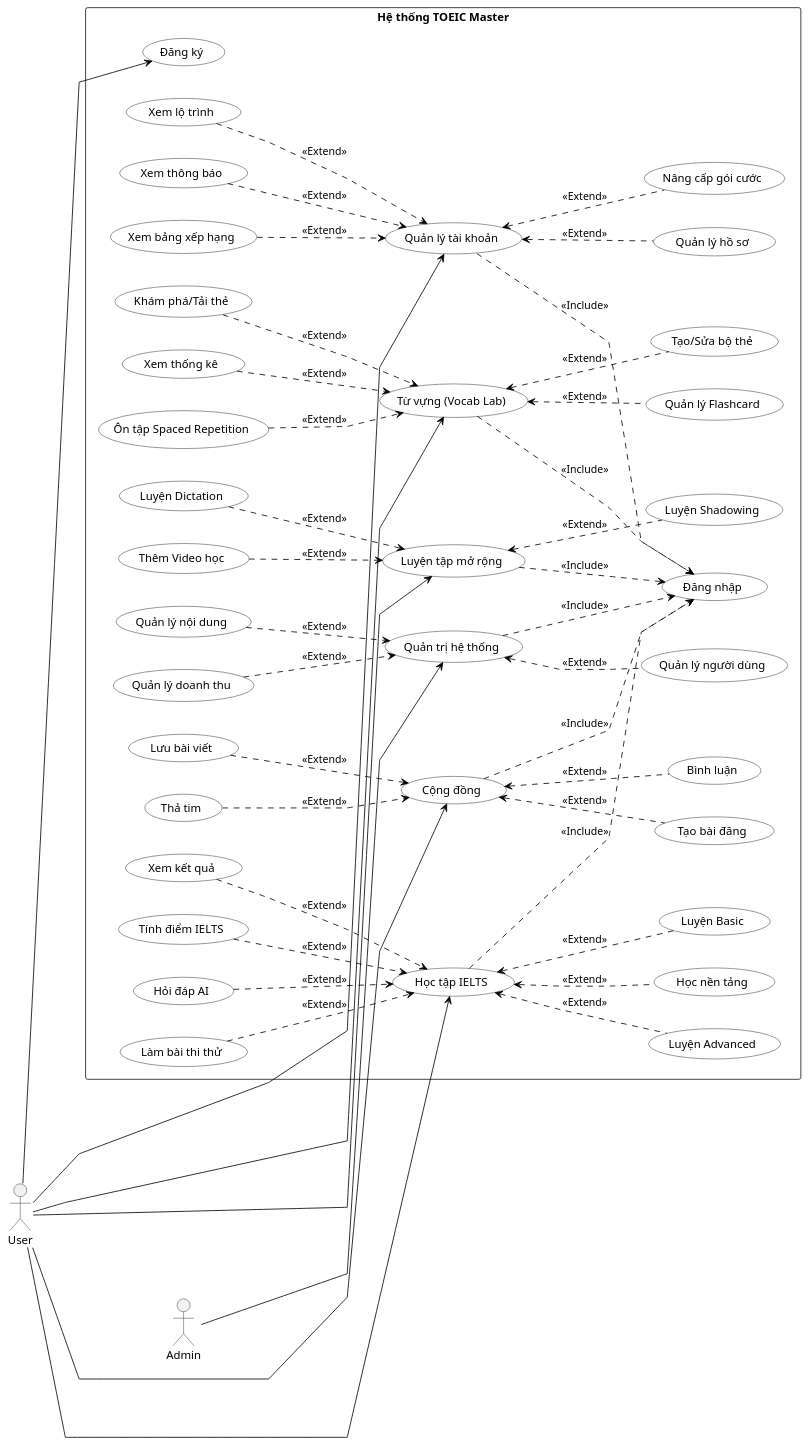
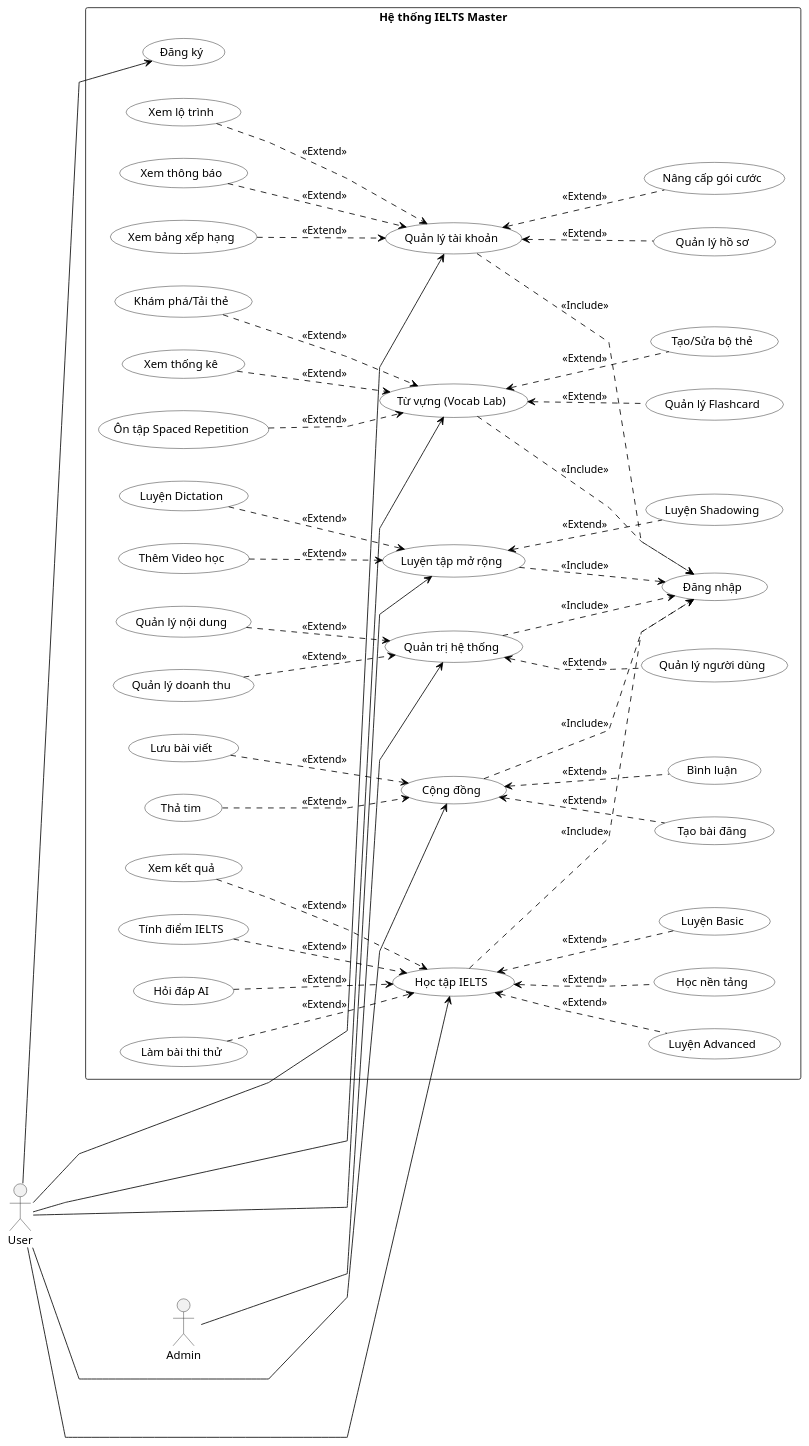
One commit to ThanhSi1008/thesis-ielts-system changed the diagram in _thesis-paper/1. use-case diagram/usecase.puml. Above: the diagram before and after it, drawn with PlantUML. The commit also changed 61 other files, not shown here.

```diff
--- a/_thesis-paper/1. use-case diagram/usecase.puml
+++ b/_thesis-paper/1. use-case diagram/usecase.puml
@@ -1,132 +1,132 @@
 @startuml
 left to right direction
 skinparam usecase {
   BackgroundColor White
   BorderColor Black
   ArrowColor Black
 }
 skinparam linetype polyline
 
 ' Thêm padding để biểu đồ rộng ra
 skinparam nodesep 40
 skinparam ranksep 80
 
 actor "User" as User
 actor "Admin" as Admin
 
-rectangle "Hệ thống TOEIC Master" {
+rectangle "Hệ thống IELTS Master" {
 
   ' --- CORE HUBS ---
   usecase "Đăng ký" as Register
   usecase "Quản lý tài khoản" as Account
   usecase "Học tập IELTS" as Study
   usecase "Luyện tập mở rộng" as Practice
   
   usecase "Từ vựng (Vocab Lab)" as Vocab
   usecase "Cộng đồng" as Community
   usecase "Quản trị hệ thống" as AdminHub
 
   usecase "Đăng nhập" as Login
 
   ' --- LAYOUT HINTS TO SPREAD HORIZONTALLY ---
   ' Đẩy Vocab, Community, AdminHub sang cột bên phải
   Account -[hidden]right-> Vocab
   Study -[hidden]right-> Community
   Practice -[hidden]right-> AdminHub
 
   ' Đẩy Đăng nhập sang phía cuối cùng bên phải
   Vocab -[hidden]right-> Login
   Community -[hidden]right-> Login
 
   ' --- SUB-USE CASES (ACCOUNT) ---
   usecase "Quản lý hồ sơ" as UC_Profile
   usecase "Nâng cấp gói cước" as UC_Sub
   usecase "Xem bảng xếp hạng" as UC_Rank
   usecase "Xem lộ trình" as UC_Roadmap
   usecase "Xem thông báo" as UC_Notif
 
   UC_Profile .up.> Account : <<Extend>>
   UC_Sub .up.> Account : <<Extend>>
   UC_Rank .down.> Account : <<Extend>>
   UC_Roadmap .down.> Account : <<Extend>>
   UC_Notif .down.> Account : <<Extend>>
 
   ' --- SUB-USE CASES (STUDY) ---
   usecase "Học nền tảng" as UC_Found
   usecase "Luyện Basic" as UC_Basic
   usecase "Luyện Advanced" as UC_Adv
   usecase "Làm bài thi thử" as UC_Mock
   usecase "Xem kết quả" as UC_Result
   usecase "Tính điểm IELTS" as UC_Calc
   usecase "Hỏi đáp AI" as UC_AI
 
   UC_Found .up.> Study : <<Extend>>
   UC_Basic .up.> Study : <<Extend>>
   UC_Adv .up.> Study : <<Extend>>
   UC_Mock .down.> Study : <<Extend>>
   UC_Result .down.> Study : <<Extend>>
   UC_Calc .down.> Study : <<Extend>>
   UC_AI .down.> Study : <<Extend>>
 
   ' --- SUB-USE CASES (VOCAB LAB) ---
   usecase "Tạo/Sửa bộ thẻ" as UC_Deck
   usecase "Quản lý Flashcard" as UC_Card
   usecase "Ôn tập Spaced Repetition" as UC_Review
   usecase "Khám phá/Tải thẻ" as UC_Share
   usecase "Xem thống kê" as UC_VocabStat
 
   UC_Deck .up.> Vocab : <<Extend>>
   UC_Card .up.> Vocab : <<Extend>>
   UC_Review .down.> Vocab : <<Extend>>
   UC_Share .down.> Vocab : <<Extend>>
   UC_VocabStat .down.> Vocab : <<Extend>>
 
   ' --- SUB-USE CASES (PRACTICE) ---
   usecase "Luyện Shadowing" as UC_Shadow
   usecase "Luyện Dictation" as UC_Dict
   usecase "Thêm Video học" as UC_Video
 
   UC_Shadow .up.> Practice : <<Extend>>
   UC_Dict .down.> Practice : <<Extend>>
   UC_Video .down.> Practice : <<Extend>>
 
   ' --- SUB-USE CASES (COMMUNITY) ---
   usecase "Tạo bài đăng" as UC_Post
   usecase "Bình luận" as UC_Comment
   usecase "Lưu bài viết" as UC_Bookmark
   usecase "Thả tim" as UC_Like
 
   UC_Post .up.> Community : <<Extend>>
   UC_Comment .up.> Community : <<Extend>>
   UC_Bookmark .down.> Community : <<Extend>>
   UC_Like .down.> Community : <<Extend>>
 
   ' --- SUB-USE CASES (ADMIN) ---
   usecase "Quản lý người dùng" as UC_AdUser
   usecase "Quản lý nội dung" as UC_AdContent
   usecase "Quản lý doanh thu" as UC_AdRev
 
   UC_AdUser .up.> AdminHub : <<Extend>>
   UC_AdContent .down.> AdminHub : <<Extend>>
   UC_AdRev .down.> AdminHub : <<Extend>>
 
   ' --- INCLUDES ---
   Account ..> Login : <<Include>>
   Study ..> Login : <<Include>>
   Vocab ..> Login : <<Include>>
   Practice ..> Login : <<Include>>
   Community ..> Login : <<Include>>
   AdminHub ..> Login : <<Include>>
 }
 
 ' --- ACTOR CONNECTIONS ---
 User --> Register
 User --> Account
 User --> Study
 User --> Practice
 User --> Vocab
 User --> Community
 
 Admin --> AdminHub
 
 @enduml
```
